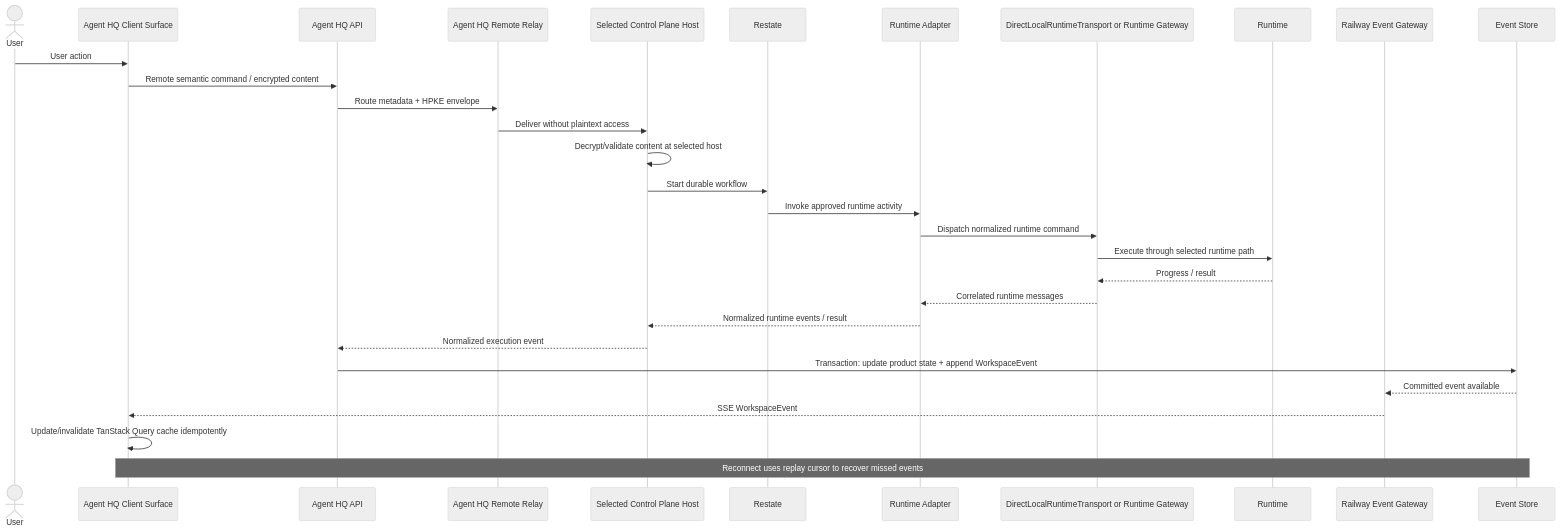
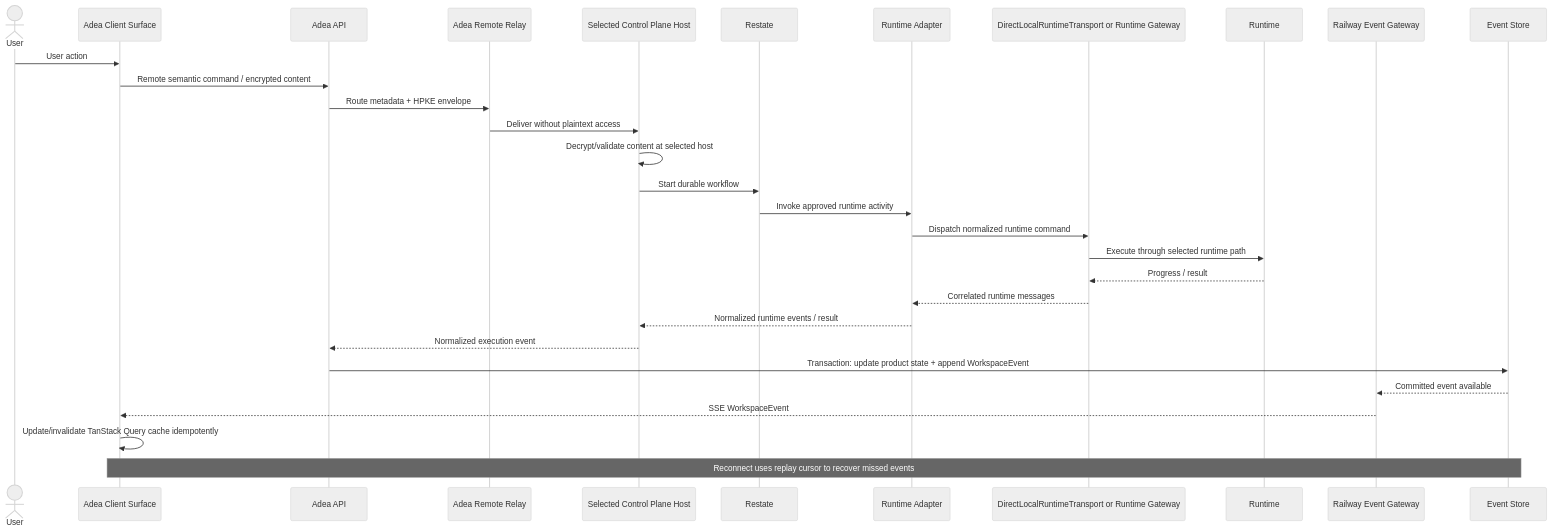
The fourth of 18 diagrams in docs/architecture/diagram-sources.md (adea-ai/adea), drawn with Mermaid (neutral theme) before and after one commit. The commit also changed other lines of this file and 72 other files, not shown here.

Commit message:
chore(brand): rename user-visible Agent HQ strings to Adea (#257)

````diff
--- a/docs/architecture/diagram-sources.md
+++ b/docs/architecture/diagram-sources.md
@@ -152,32 +152,32 @@
 ```mermaid
 sequenceDiagram
     actor U as User
-    participant C as Agent HQ Client Surface
-    participant A as Agent HQ API
-    participant X as Agent HQ Remote Relay
+    participant C as Adea Client Surface
+    participant A as Adea API
+    participant X as Adea Remote Relay
     participant P as Selected Control Plane Host
     participant T as Restate
     participant RA as Runtime Adapter
     participant G as DirectLocalRuntimeTransport or Runtime Gateway
     participant R as Runtime
     participant E as Railway Event Gateway
     participant D as Event Store
     U->>C: User action
     C->>A: Remote semantic command / encrypted content
     A->>X: Route metadata + HPKE envelope
     X->>P: Deliver without plaintext access
     P->>P: Decrypt/validate content at selected host
     P->>T: Start durable workflow
     T->>RA: Invoke approved runtime activity
     RA->>G: Dispatch normalized runtime command
     G->>R: Execute through selected runtime path
     R-->>G: Progress / result
     G-->>RA: Correlated runtime messages
     RA-->>P: Normalized runtime events / result
     P-->>A: Normalized execution event
     A->>D: Transaction: update product state + append WorkspaceEvent
     D-->>E: Committed event available
     E-->>C: SSE WorkspaceEvent
     C->>C: Update/invalidate TanStack Query cache idempotently
     Note over C,D: Reconnect uses replay cursor to recover missed events
 ```
````
